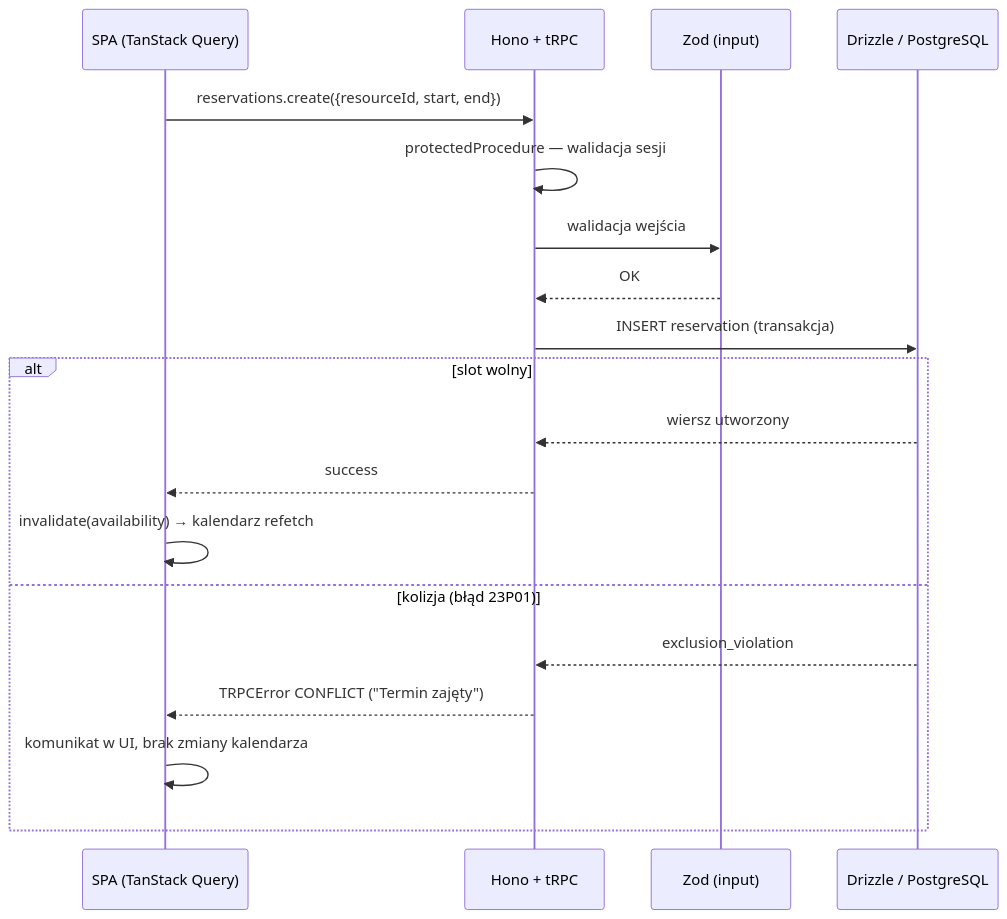
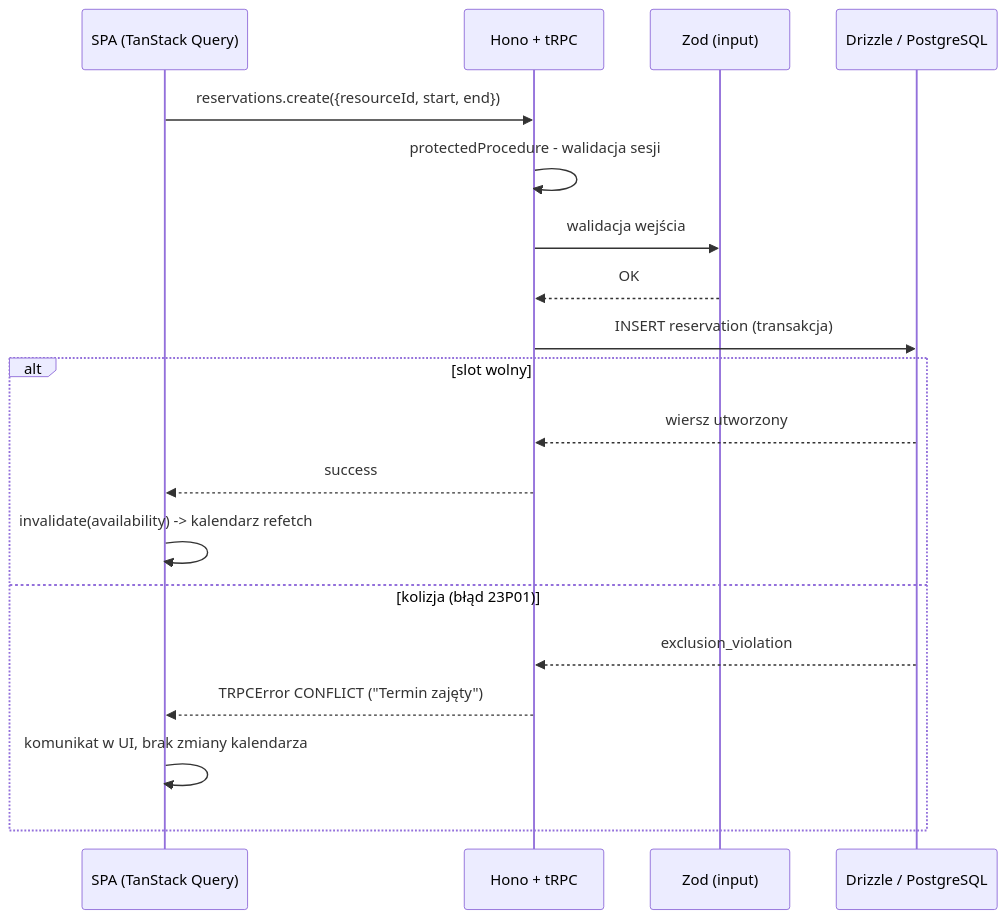
Before and after one commit to kalucky0/atrium: the third of 3 diagrams in design_document.md, drawn with Mermaid. The commit also changed other lines of this file and 2 other files, not shown here.

````diff
--- a/design_document.md
+++ b/design_document.md
@@ -130,22 +123,22 @@
 ```mermaid
 sequenceDiagram
     participant U as SPA (TanStack Query)
     participant A as Hono + tRPC
     participant Z as Zod (input)
     participant D as Drizzle / PostgreSQL
 
     U->>A: reservations.create({resourceId, start, end})
-    A->>A: protectedProcedure — walidacja sesji
+    A->>A: protectedProcedure - walidacja sesji
     A->>Z: walidacja wejścia
     Z-->>A: OK
     A->>D: INSERT reservation (transakcja)
     alt slot wolny
         D-->>A: wiersz utworzony
         A-->>U: success
-        U->>U: invalidate(availability) → kalendarz refetch
+        U->>U: invalidate(availability) -> kalendarz refetch
     else kolizja (błąd 23P01)
         D-->>A: exclusion_violation
         A-->>U: TRPCError CONFLICT ("Termin zajęty")
         U->>U: komunikat w UI, brak zmiany kalendarza
     end
 ```
````
